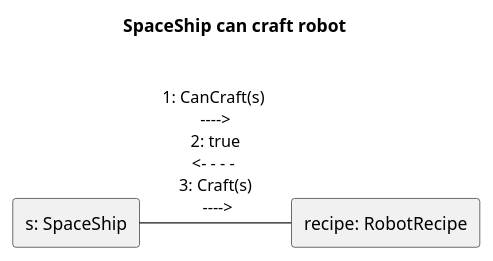
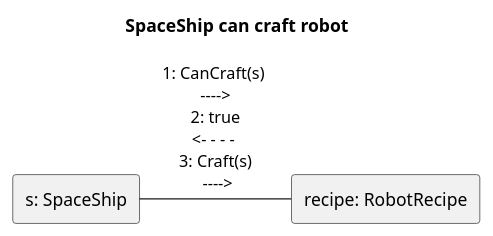
One commit to viseguard-studios/Documentation changed the diagram in docs/Skeleton/diagrams/Craft_robot/comm/1.CanCraft_robot.puml. Above: the diagram before and after it, drawn with PlantUML. The commit also changed 16 other files, not shown here.

```diff
--- a/docs/Skeleton/diagrams/Craft_robot/comm/1.CanCraft_robot.puml
+++ b/docs/Skeleton/diagrams/Craft_robot/comm/1.CanCraft_robot.puml
@@ -1,10 +1,10 @@
 @startuml
-rectangle “s: SpaceShip” as s
-rectangle “recipe: RobotRecipe” as recipe
+rectangle "s: SpaceShip" as s
+rectangle "recipe: RobotRecipe" as recipe
 
-title SpaceShip can craft robot \n 
+title SpaceShip can craft robot 
 
 s -right- recipe: 1: CanCraft(s) \n ----> \n 2: true \n <- - - -  \n 3: Craft(s) \n ---->
 
 
 @enduml
```
